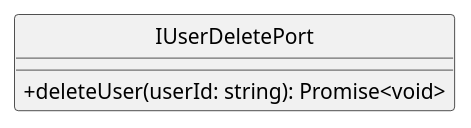
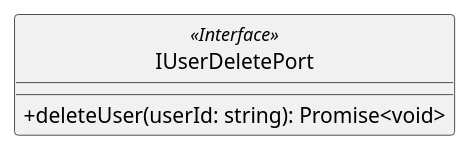
The diagram in assets/st_diagrams/code/plantuml/account/application/ports/IUserDelete.port.plantuml (SkarabGroup/DocumentazioneProgetto), drawn with PlantUML before and after one commit. The commit also changed 107 other files, not shown here.

Commit message:
Fixed all diagrams with interfaces

```diff
--- a/assets/st_diagrams/code/plantuml/account/application/ports/IUserDelete.port.plantuml
+++ b/assets/st_diagrams/code/plantuml/account/application/ports/IUserDelete.port.plantuml
@@ -1,14 +1,14 @@
 @startuml IUserDeletePort
 
 skinparam componentStyle uml2.5
 skinparam linetype ortho
 skinparam nodesep auto
 skinparam ranksep 70
 skinparam ClassAttributeIconSize 0
 hide circles
 
-class IUserDeletePort {
+class IUserDeletePort <<Interface>> {
     + deleteUser(userId: string): Promise<void>
 }
 
 @enduml
```
